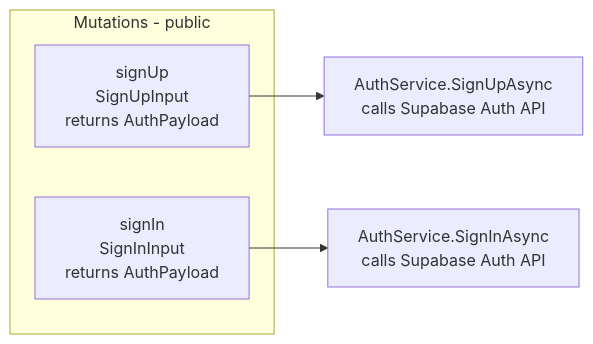
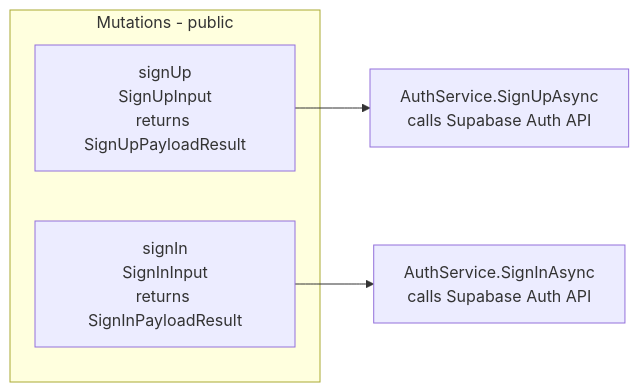
One commit to dev-personal-projects/vela changed the third of 12 diagrams in docs/phases/PHASE-4-graphql-api.md. Above: the diagram before and after it, drawn with Mermaid. The commit also changed other lines of this file and 7 other files, not shown here.

First line of the commit message:
✨ feat: enhance GraphQL queries with filtering options

````diff
--- a/docs/phases/PHASE-4-graphql-api.md
+++ b/docs/phases/PHASE-4-graphql-api.md
@@ -94,10 +107,10 @@
 ```mermaid
 flowchart LR
     subgraph Mutations - public
-        MSU[signUp\nSignUpInput\nreturns AuthPayload]
-        MSI[signIn\nSignInInput\nreturns AuthPayload]
+        MSU[signUp\nSignUpInput\nreturns SignUpPayloadResult]
+        MSI[signIn\nSignInInput\nreturns SignInPayloadResult]
     end
 
     MSU --> AS[AuthService.SignUpAsync\ncalls Supabase Auth API]
     MSI --> AS2[AuthService.SignInAsync\ncalls Supabase Auth API]
 ```
````
